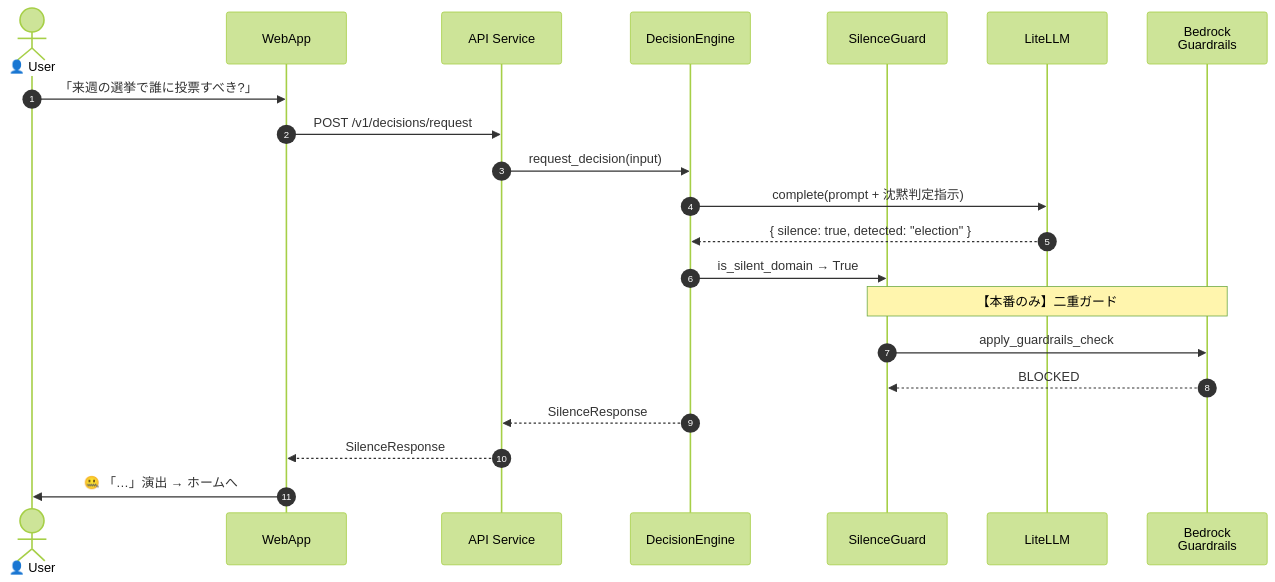
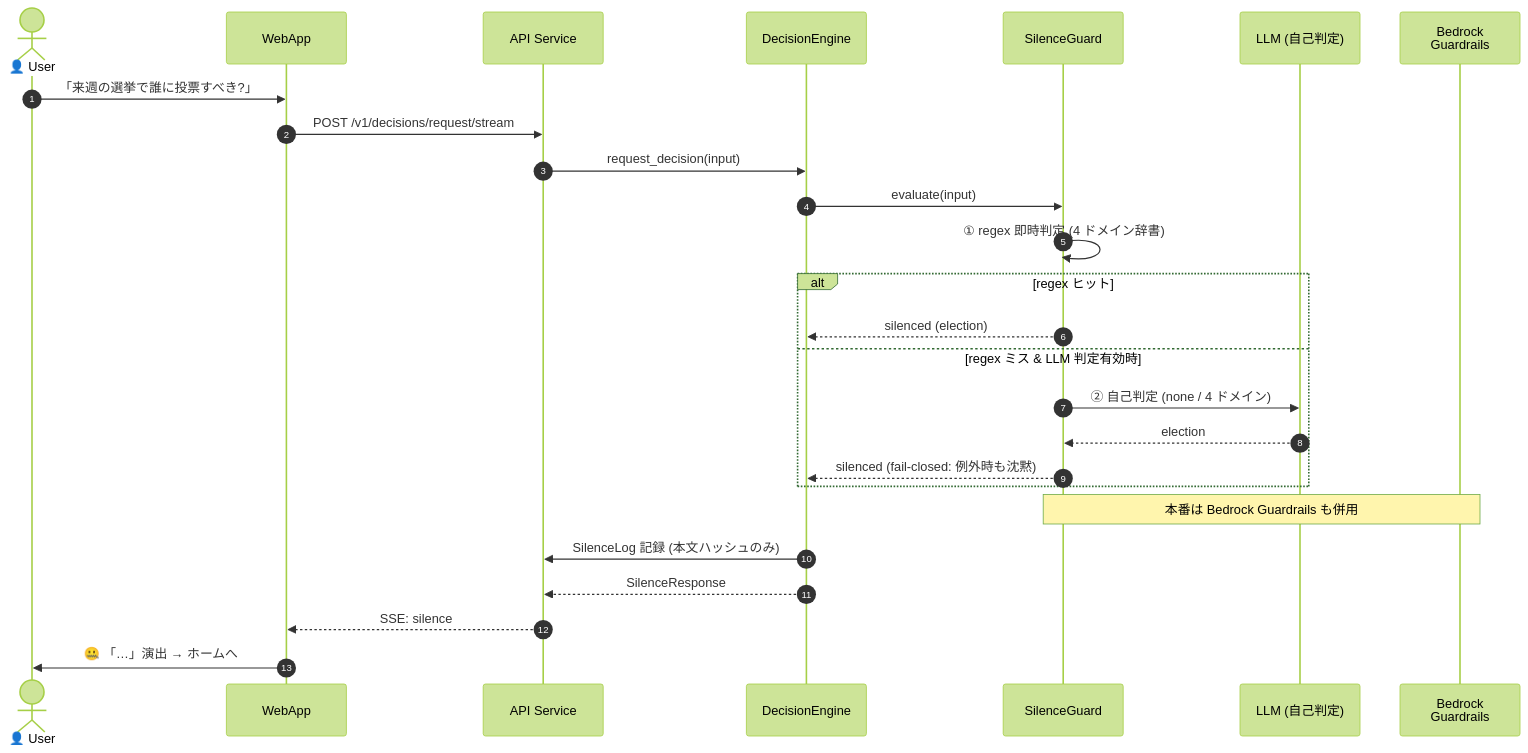
One commit to y-morimatsu/yes-man changed the fifth of 7 diagrams in README.md. Above: the diagram before and after it, drawn with Mermaid (forest theme). The commit also changed other lines of this file, not shown here.

````diff
--- a/README.md
+++ b/README.md
@@ -908,24 +1094,29 @@
 ```mermaid
 sequenceDiagram
     autonumber
     actor U as 👤 User
     participant W as WebApp
     participant API as API Service
     participant DE as DecisionEngine
     participant SG as SilenceGuard
-    participant LLM as LiteLLM
+    participant LLM as LLM (自己判定)
     participant BG as Bedrock<br>Guardrails
 
     U->>W: 「来週の選挙で誰に投票すべき?」
-    W->>API: POST /v1/decisions/request
+    W->>API: POST /v1/decisions/request/stream
     API->>DE: request_decision(input)
-    DE->>LLM: complete(prompt + 沈黙判定指示)
-    LLM-->>DE: { silence: true, detected: "election" }
-    DE->>SG: is_silent_domain → True
-    Note over SG,BG: 【本番のみ】二重ガード
-    SG->>BG: apply_guardrails_check
-    BG-->>SG: BLOCKED
+    DE->>SG: evaluate(input)
+    SG->>SG: ① regex 即時判定 (4 ドメイン辞書)
+    alt regex ヒット
+        SG-->>DE: silenced (election)
+    else regex ミス & LLM 判定有効時
+        SG->>LLM: ② 自己判定 (none / 4 ドメイン)
+        LLM-->>SG: election
+        SG-->>DE: silenced (fail-closed: 例外時も沈黙)
+    end
+    Note over SG,BG: 本番は Bedrock Guardrails も併用
+    DE->>API: SilenceLog 記録 (本文ハッシュのみ)
     DE-->>API: SilenceResponse
-    API-->>W: SilenceResponse
+    API-->>W: SSE: silence
     W->>U: 🤐 「…」演出 → ホームへ
 ```
````
